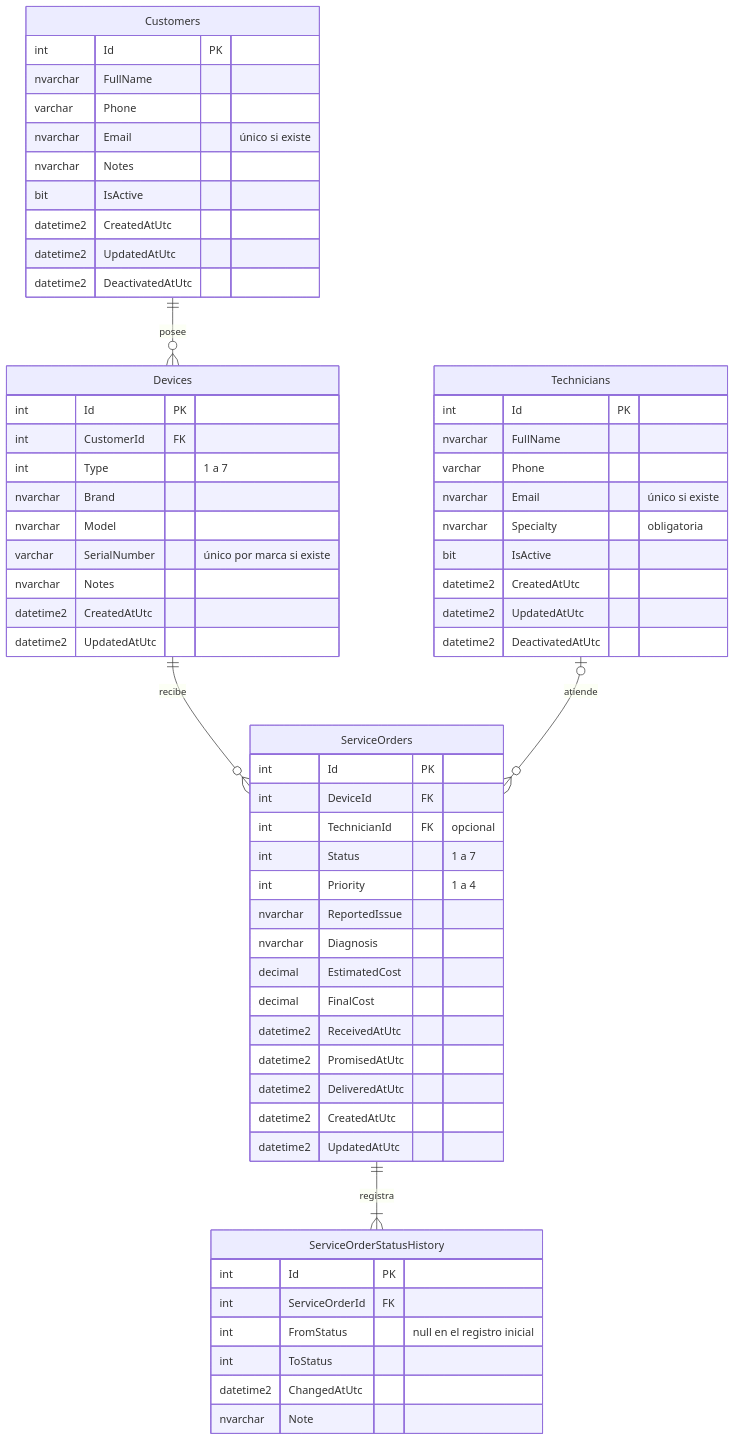
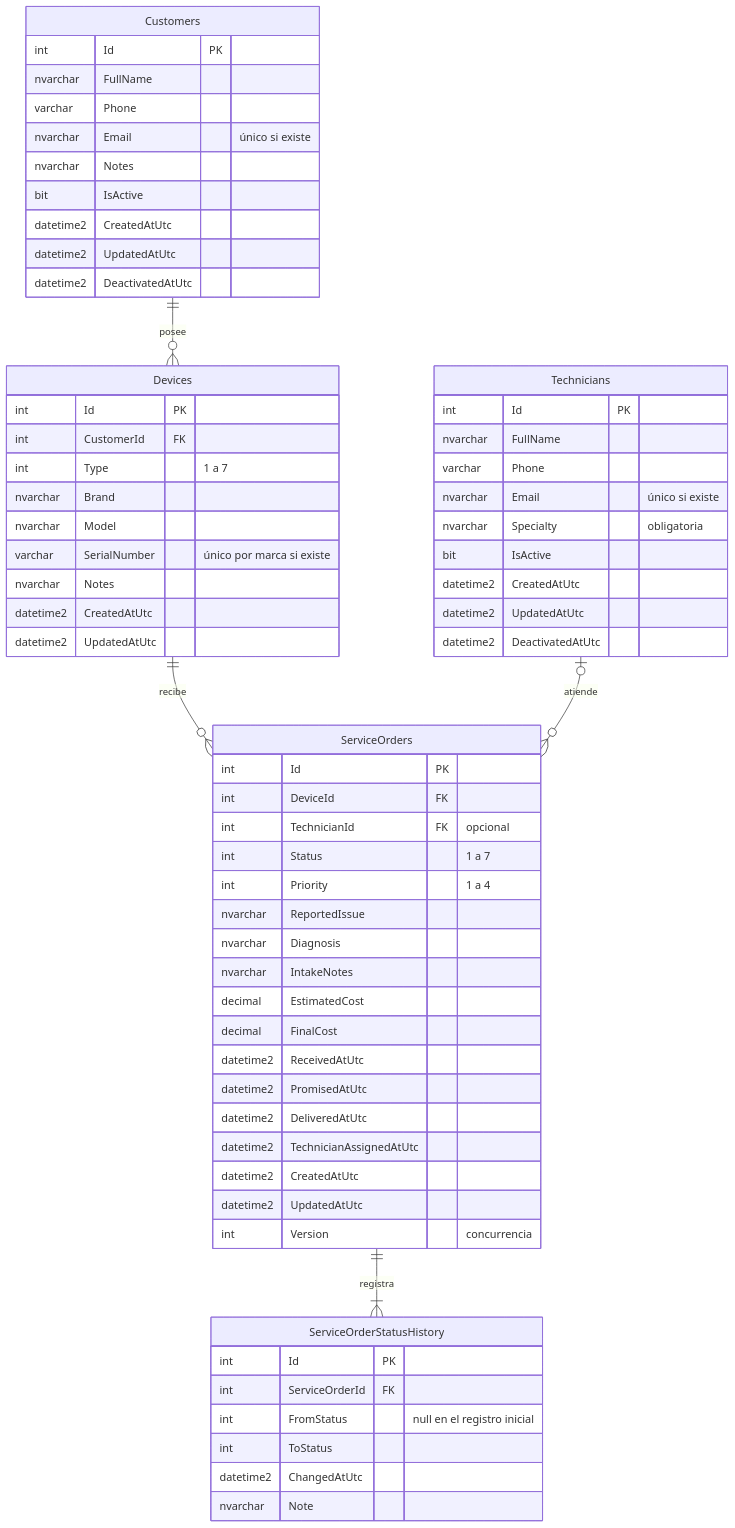
Before and after one commit to JJMonzon072/fixtrack: the first of 3 diagrams in docs/modelo-de-datos.md, drawn with Mermaid. The commit also changed other lines of this file, not shown here.

````diff
--- a/docs/modelo-de-datos.md
+++ b/docs/modelo-de-datos.md
@@ -17,69 +22,72 @@
 ```mermaid
 erDiagram
     Customers ||--o{ Devices : "posee"
     Devices ||--o{ ServiceOrders : "recibe"
     Technicians |o--o{ ServiceOrders : "atiende"
     ServiceOrders ||--|{ ServiceOrderStatusHistory : "registra"
 
     Customers {
         int Id PK
         nvarchar FullName
         varchar Phone
         nvarchar Email "único si existe"
         nvarchar Notes
         bit IsActive
         datetime2 CreatedAtUtc
         datetime2 UpdatedAtUtc
         datetime2 DeactivatedAtUtc
     }
 
     Devices {
         int Id PK
         int CustomerId FK
         int Type "1 a 7"
         nvarchar Brand
         nvarchar Model
         varchar SerialNumber "único por marca si existe"
         nvarchar Notes
         datetime2 CreatedAtUtc
         datetime2 UpdatedAtUtc
     }
 
     Technicians {
         int Id PK
         nvarchar FullName
         varchar Phone
         nvarchar Email "único si existe"
         nvarchar Specialty "obligatoria"
         bit IsActive
         datetime2 CreatedAtUtc
         datetime2 UpdatedAtUtc
         datetime2 DeactivatedAtUtc
     }
 
     ServiceOrders {
         int Id PK
         int DeviceId FK
         int TechnicianId FK "opcional"
         int Status "1 a 7"
         int Priority "1 a 4"
         nvarchar ReportedIssue
         nvarchar Diagnosis
+        nvarchar IntakeNotes
         decimal EstimatedCost
         decimal FinalCost
         datetime2 ReceivedAtUtc
         datetime2 PromisedAtUtc
         datetime2 DeliveredAtUtc
+        datetime2 TechnicianAssignedAtUtc
         datetime2 CreatedAtUtc
         datetime2 UpdatedAtUtc
+        int Version "concurrencia"
     }
 
     ServiceOrderStatusHistory {
         int Id PK
         int ServiceOrderId FK
         int FromStatus "null en el registro inicial"
         int ToStatus
         datetime2 ChangedAtUtc
         nvarchar Note
     }
 ```
````
